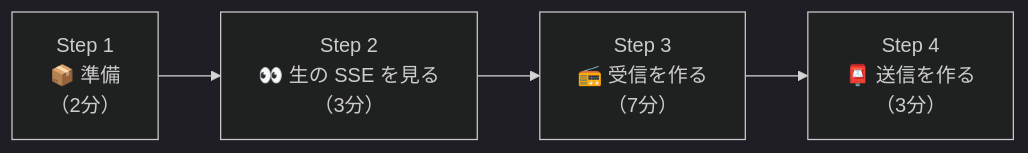
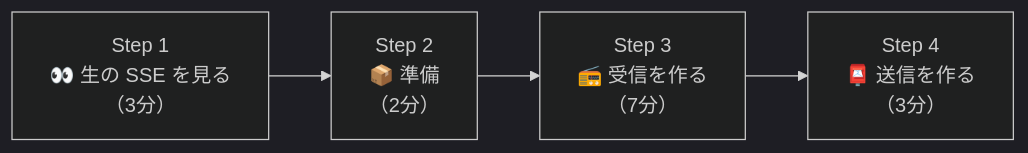
One commit to jigintern/2026-online-1week-template changed diagram 13 of 15 in docs/sse.md. Above: the diagram before and after it, drawn with Mermaid (dark theme). The commit also changed other lines of this file, not shown here.

Commit message:
Improve SSE doc diagrams, step order, and section references.

````diff
--- a/docs/sse.md
+++ b/docs/sse.md
@@ -382,4 +385,4 @@
 ```mermaid
 flowchart LR
-    s1["Step 1<br>📦 準備<br>（2分）"] --> s2["Step 2<br>👀 生の SSE を見る<br>（3分）"] --> s3["Step 3<br>📻 受信を作る<br>（7分）"] --> s4["Step 4<br>📮 送信を作る<br>（3分）"]
+    s1["Step 1<br>👀 生の SSE を見る<br>（3分）"] --> s2["Step 2<br>📦 準備<br>（2分）"] --> s3["Step 3<br>📻 受信を作る<br>（7分）"] --> s4["Step 4<br>📮 送信を作る<br>（3分）"]
 ```
````
